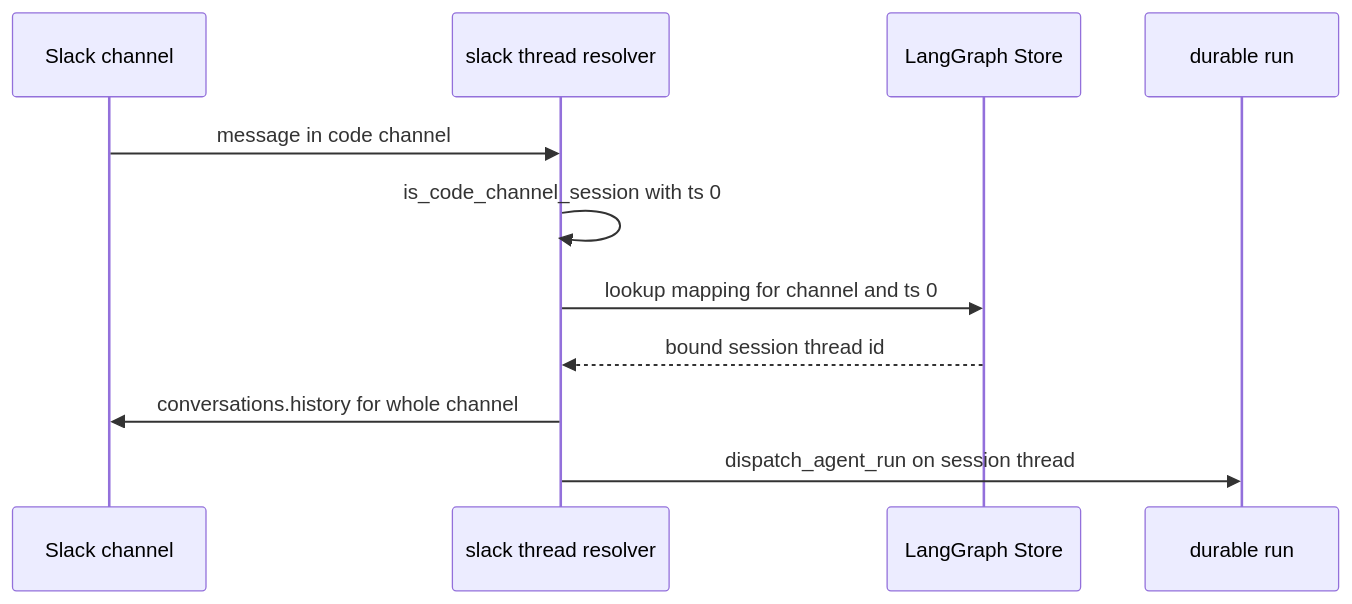
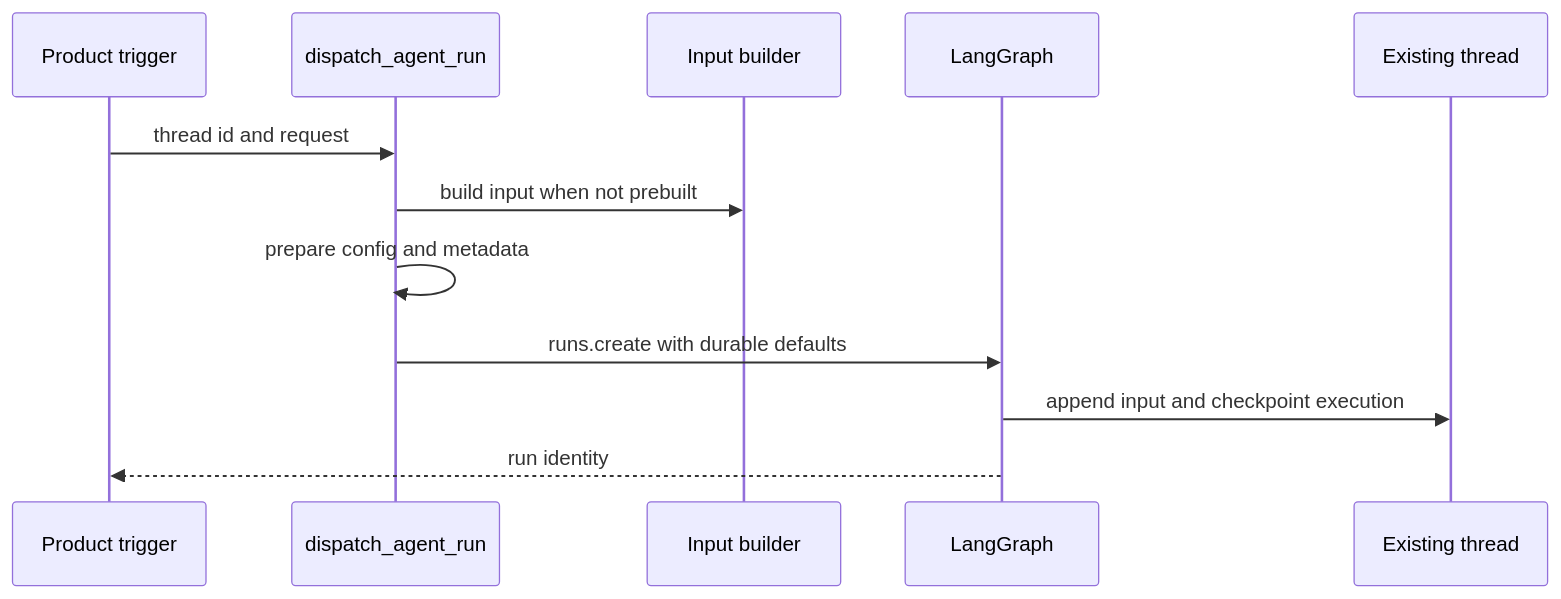
The second of 2 diagrams in openwiki/concepts/threads-and-state.md (langchain-ai/open-swe), drawn with Mermaid before and after one commit. The commit also changed other lines of this file and 52 other files, not shown here.

````diff
--- a/openwiki/concepts/threads-and-state.md
+++ b/openwiki/concepts/threads-and-state.md
@@ -278,14 +121,15 @@
 ```mermaid
 sequenceDiagram
-  participant Slack as Slack channel
-  participant Resolver as slack thread resolver
-  participant Store as LangGraph Store
-  participant Run as durable run
+  participant Trigger as Product trigger
+  participant Dispatch as dispatch_agent_run
+  participant Input as Input builder
+  participant LG as LangGraph
+  participant Thread as Existing thread
 
-  Slack->>Resolver: message in code channel
-  Resolver->>Resolver: is_code_channel_session with ts 0
-  Resolver->>Store: lookup mapping for channel and ts 0
-  Store-->>Resolver: bound session thread id
-  Resolver->>Slack: conversations.history for whole channel
-  Resolver->>Run: dispatch_agent_run on session thread
+  Trigger->>Dispatch: thread id and request
+  Dispatch->>Input: build input when not prebuilt
+  Dispatch->>Dispatch: prepare config and metadata
+  Dispatch->>LG: runs.create with durable defaults
+  LG->>Thread: append input and checkpoint execution
+  LG-->>Trigger: run identity
 ```
````
